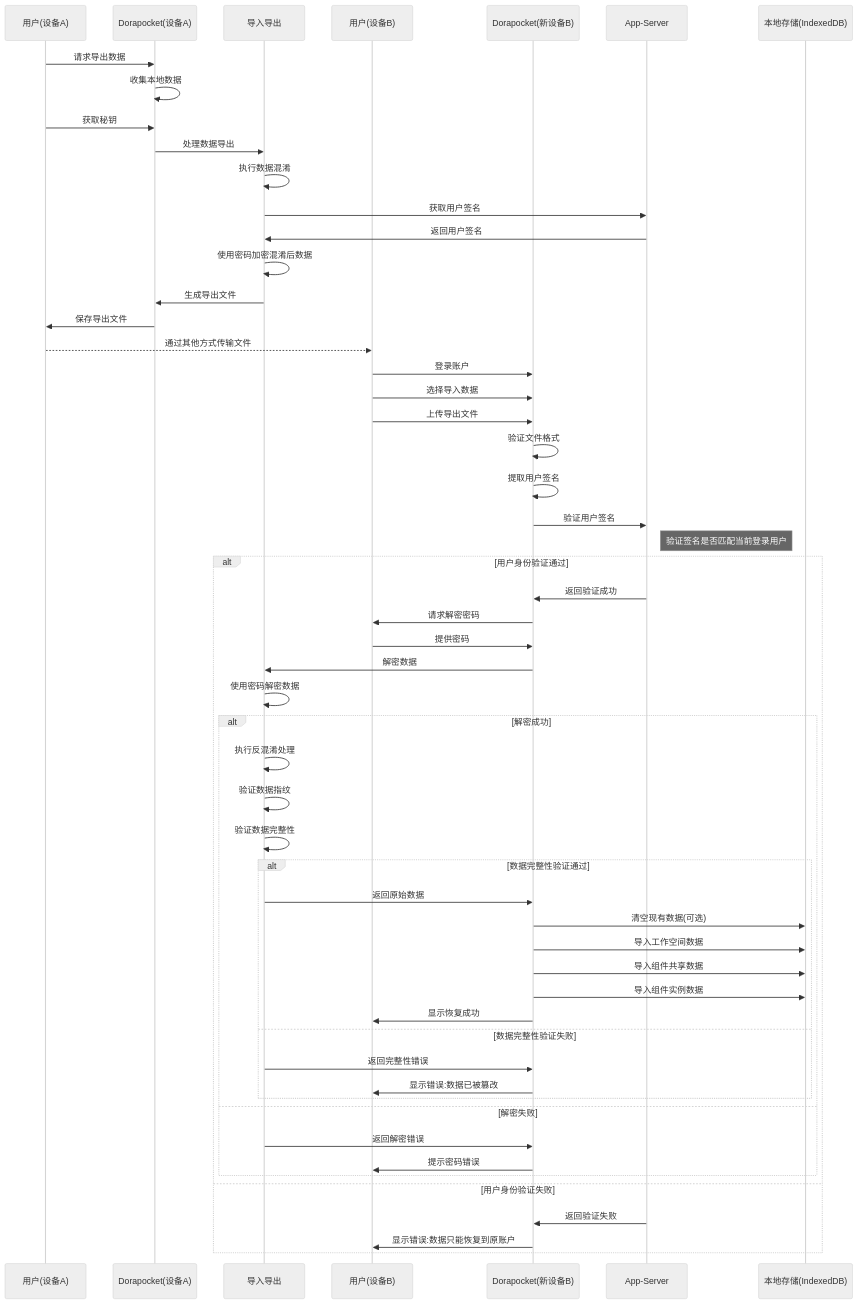
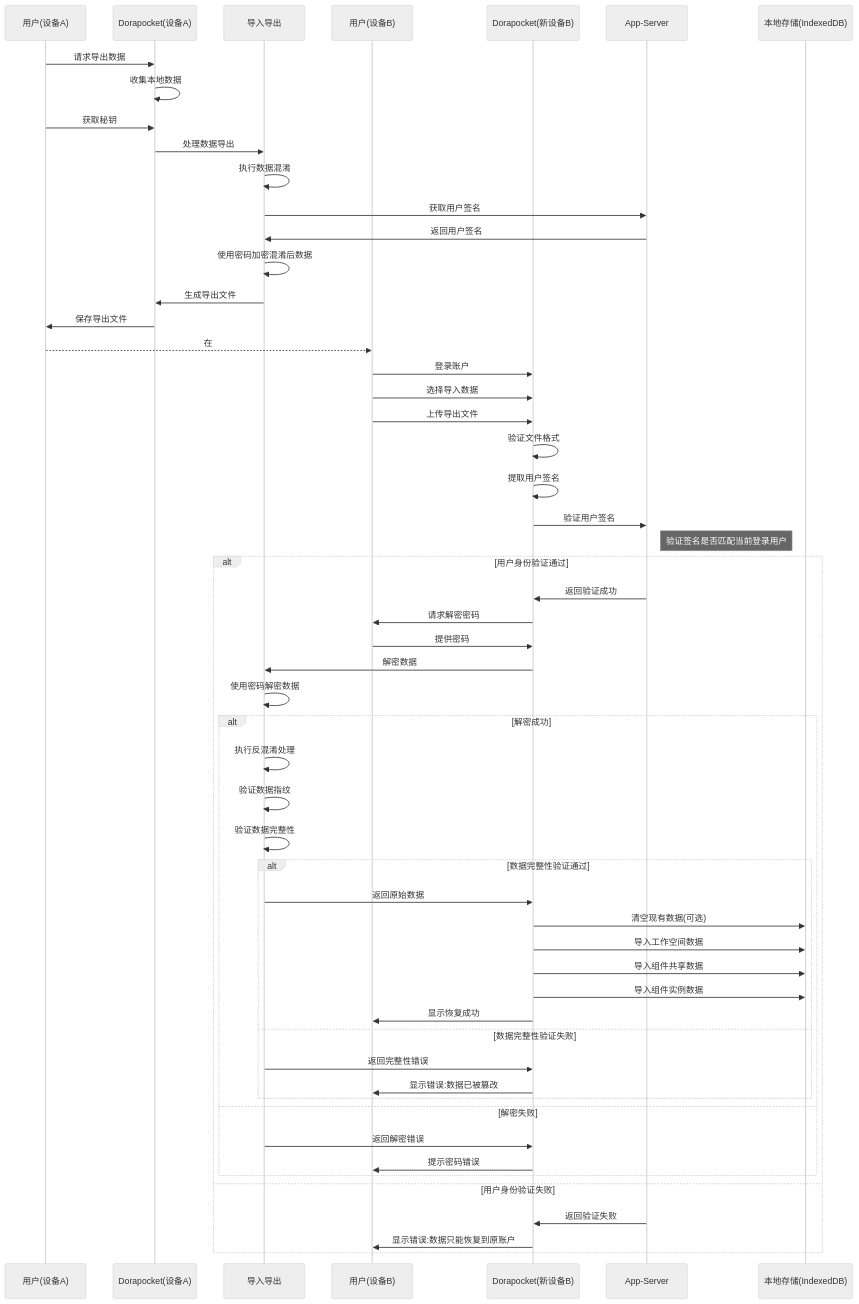
The diagram in all/未命名-34.md (yingjianzh/iodraw-files), drawn with Mermaid (neutral theme) before and after one commit.

Commit message:
2025-04-17 16:54:49 update

````diff
--- a/all/未命名-34.md
+++ b/all/未命名-34.md
@@ -1,70 +1,70 @@
 ```mermaid
 sequenceDiagram
     participant UserOld as 用户(设备A)
     participant AppOld as Dorapocket(设备A)
     participant Security as 导入导出
     participant UserNew as 用户(设备B)
     participant AppNew as Dorapocket(新设备B)
     participant AppServer as App-Server
     participant LocalDB as 本地存储(IndexedDB)
     
     %% 导出流程
     UserOld->>AppOld: 请求导出数据
     AppOld->>AppOld: 收集本地数据
     UserOld->>AppOld: 获取秘钥
     
     AppOld->>Security: 处理数据导出
     Security->>Security: 执行数据混淆
     Security->>AppServer: 获取用户签名
     AppServer->>Security: 返回用户签名
     Security->>Security: 使用密码加密混淆后数据
     Security->>AppOld: 生成导出文件
     AppOld->>UserOld: 保存导出文件
     
     %% 传输文件(由用户完成)
-    UserOld-->>UserNew: 通过其他方式传输文件
+    UserOld-->>UserNew: 在
     
     %% 恢复流程
     UserNew->>AppNew: 登录账户
     UserNew->>AppNew: 选择导入数据
     UserNew->>AppNew: 上传导出文件
     
     AppNew->>AppNew: 验证文件格式
     AppNew->>AppNew: 提取用户签名
     
     AppNew->>AppServer: 验证用户签名
     note right of AppServer: 验证签名是否匹配当前登录用户
     
     alt 用户身份验证通过
         AppServer->>AppNew: 返回验证成功
         AppNew->>UserNew: 请求解密密码
         UserNew->>AppNew: 提供密码
         
         AppNew->>Security: 解密数据
         Security->>Security: 使用密码解密数据
         
         alt 解密成功
             Security->>Security: 执行反混淆处理
             Security->>Security: 验证数据指纹
             Security->>Security: 验证数据完整性
             
             alt 数据完整性验证通过
                 Security->>AppNew: 返回原始数据
                 AppNew->>LocalDB: 清空现有数据(可选)
                 AppNew->>LocalDB: 导入工作空间数据
                 AppNew->>LocalDB: 导入组件共享数据
                 AppNew->>LocalDB: 导入组件实例数据
                 AppNew->>UserNew: 显示恢复成功
             else 数据完整性验证失败
                 Security->>AppNew: 返回完整性错误
                 AppNew->>UserNew: 显示错误:数据已被篡改
             end
         else 解密失败
             Security->>AppNew: 返回解密错误
             AppNew->>UserNew: 提示密码错误
         end
     else 用户身份验证失败
         AppServer->>AppNew: 返回验证失败
         AppNew->>UserNew: 显示错误:数据只能恢复到原账户
     end
 ```
````
